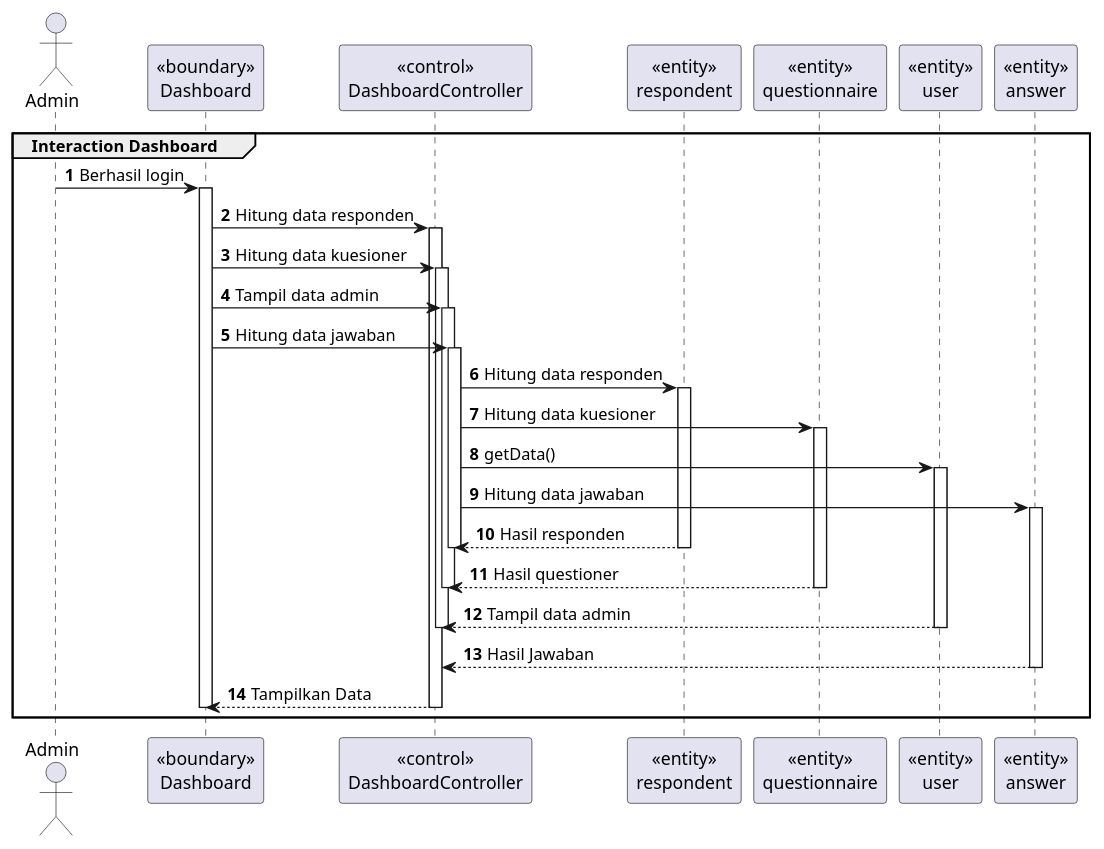
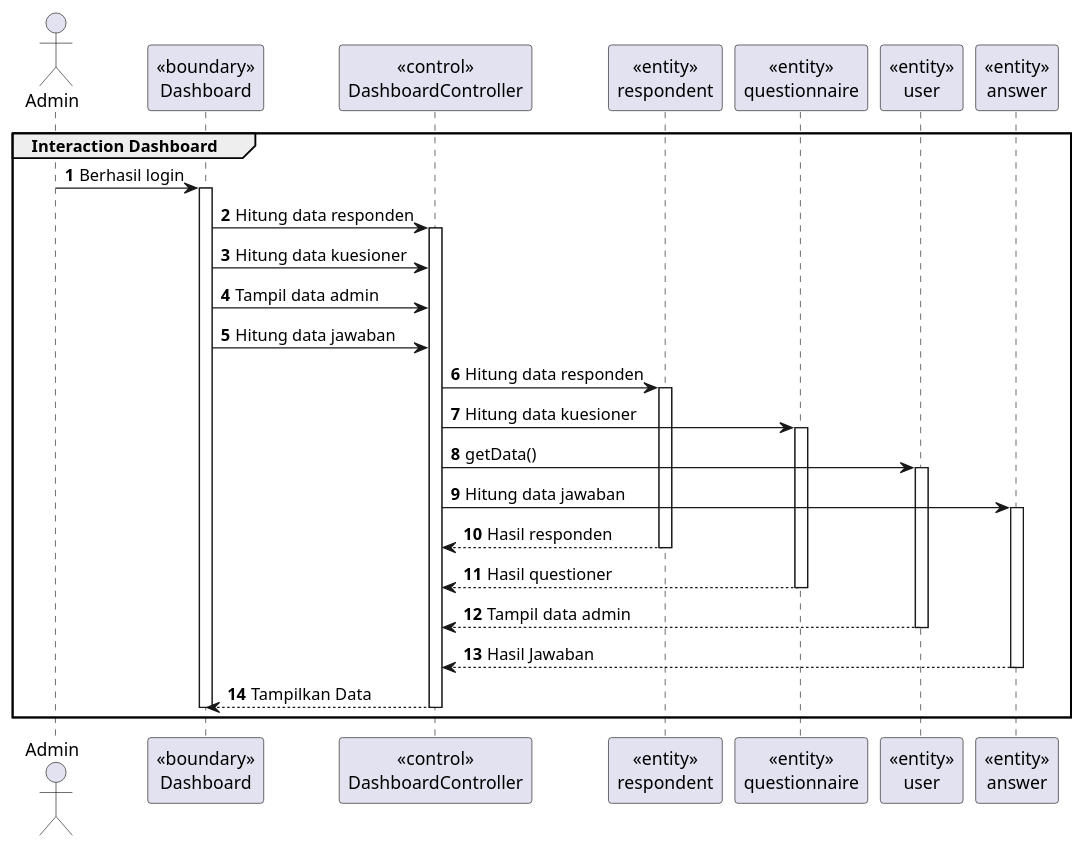
One commit to Churma16/indeks-kepuasan-masyarakat changed the diagram in documentation/SequenceDiagram/dashboardSequenceDiagram.puml. Above: the diagram before and after it, drawn with PlantUML.

```diff
--- a/documentation/SequenceDiagram/dashboardSequenceDiagram.puml
+++ b/documentation/SequenceDiagram/dashboardSequenceDiagram.puml
@@ -1,47 +1,41 @@
 @startuml Interaction Dashboard
 autonumber
 group Interaction Dashboard
 
     actor Admin 
     participant "<<boundary>>\nDashboard" as dashboard
     participant "<<control>>\nDashboardController" as dashboard_cont
     participant "<<entity>>\nrespondent" as respondent
     participant "<<entity>>\nquestionnaire" as questioner
     participant "<<entity>>\nuser" as admin
     participant "<<entity>>\nanswer" as answer
 
     Admin -> dashboard:Berhasil login
     activate dashboard
             dashboard -> dashboard_cont:Hitung data responden
         activate dashboard_cont
             dashboard -> dashboard_cont:Hitung data kuesioner
-        activate dashboard_cont
             dashboard -> dashboard_cont:Tampil data admin
-        activate dashboard_cont
             dashboard -> dashboard_cont:Hitung data jawaban
-        activate dashboard_cont
         dashboard_cont -> respondent:Hitung data responden
         activate respondent
             dashboard_cont -> questioner:Hitung data kuesioner
             activate questioner
                 dashboard_cont -> admin:getData()
                 activate admin
                     dashboard_cont -> answer:Hitung data jawaban
                     activate answer
                     respondent --> dashboard_cont:Hasil responden
         deactivate respondent
-        deactivate dashboard_cont
                     questioner --> dashboard_cont:Hasil questioner
             deactivate questioner
-            deactivate dashboard_cont
                 admin --> dashboard_cont:Tampil data admin
                 deactivate admin
-                deactivate dashboard_cont
                     answer --> dashboard_cont:Hasil Jawaban
                     deactivate answer
         dashboard_cont --> dashboard:Tampilkan Data
         deactivate dashboard_cont
     deactivate dashboard
 
 end
 @enduml
```
